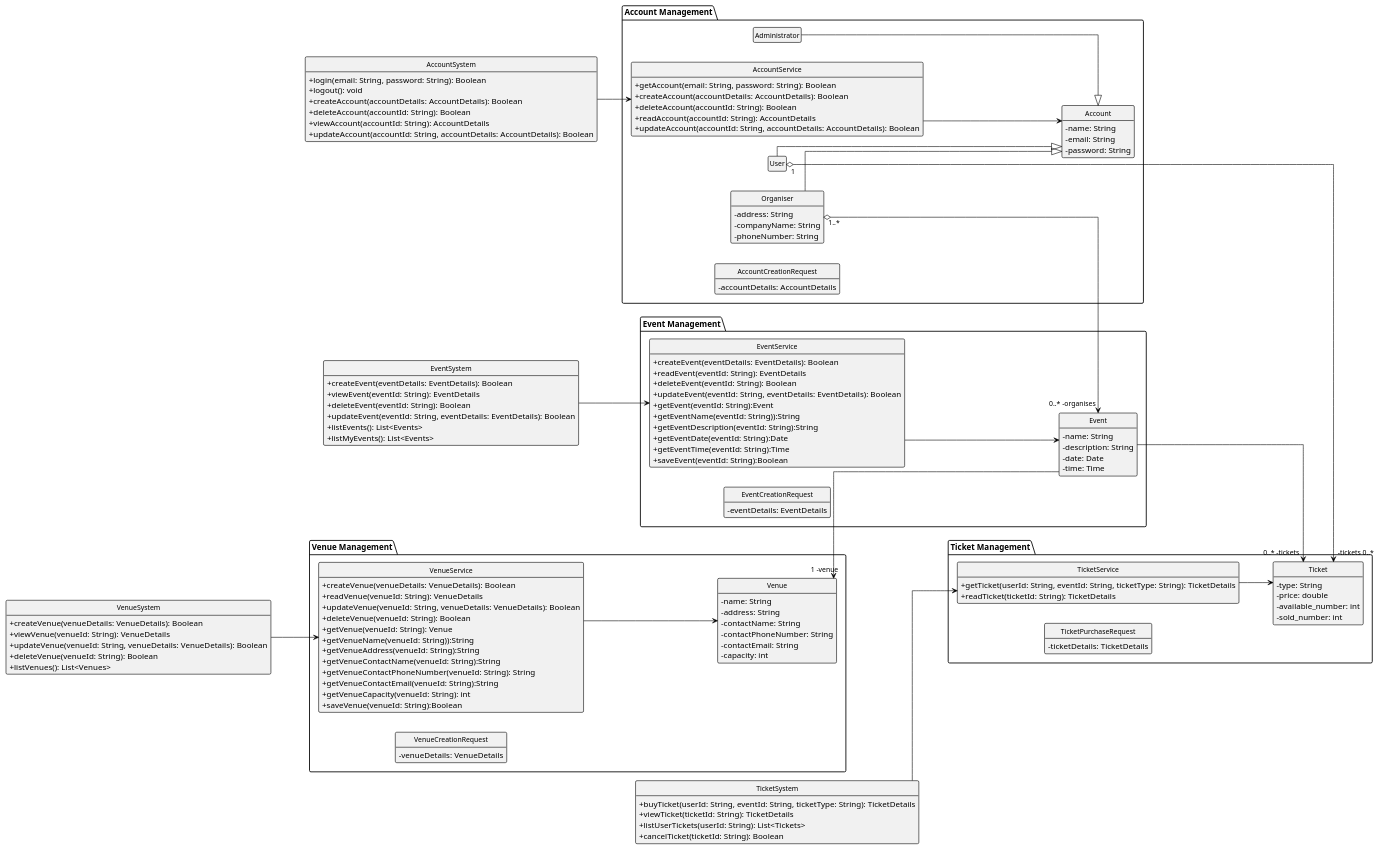
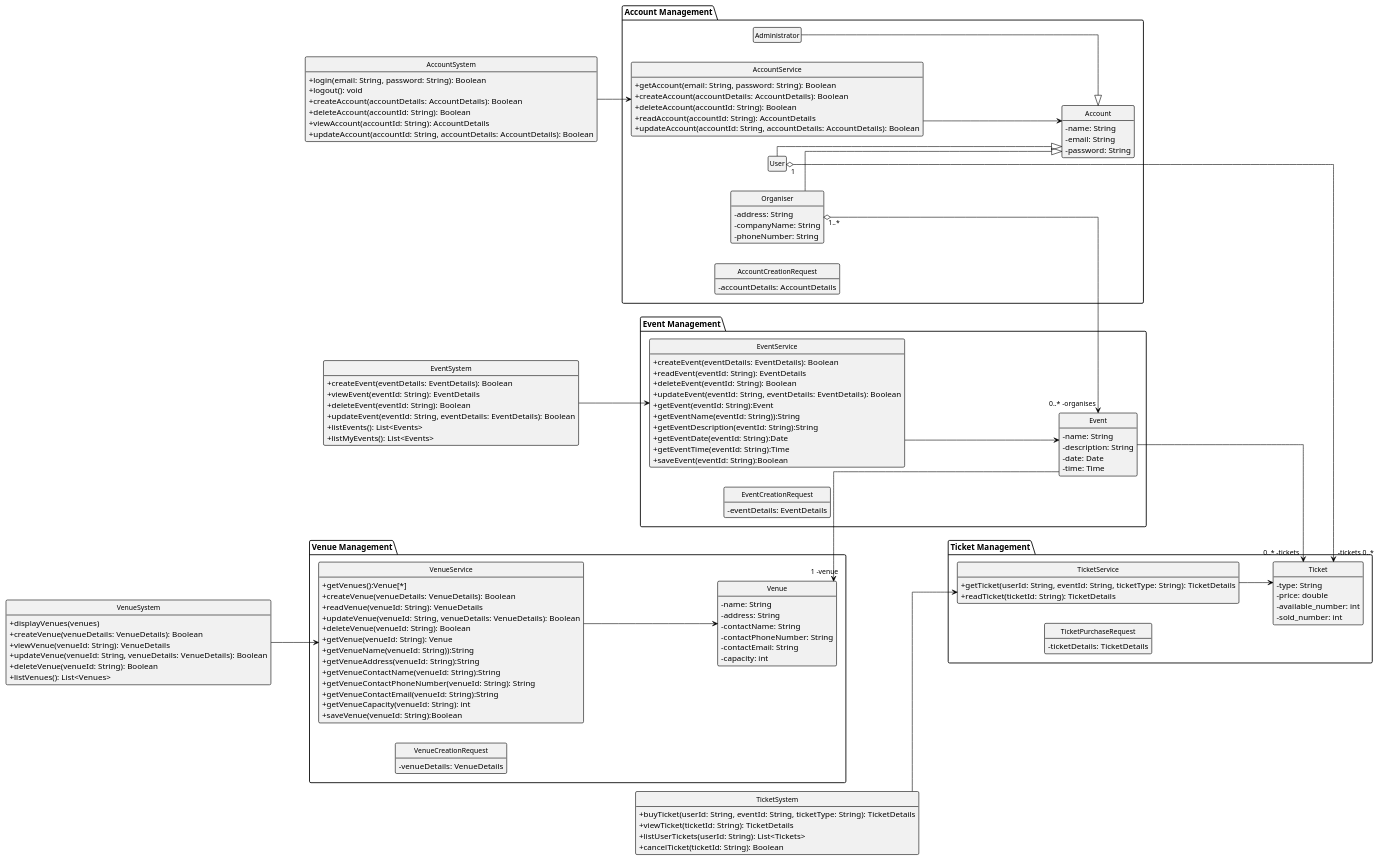
The diagram in 02-analysis/class-diagram/classDiagram.plantuml (MolimoWang/EventManagementSystem), drawn with PlantUML before and after one commit.

```diff
--- a/02-analysis/class-diagram/classDiagram.plantuml
+++ b/02-analysis/class-diagram/classDiagram.plantuml
@@ -1,190 +1,192 @@
 @startuml
 left to right direction
 skinparam monochrome true
 skinparam backgroundColor white
 skinparam shadowing false
 skinparam linetype ortho
 skinparam lineThickness 3   ' Thickness of line
 skinparam noteMargin 30     ' Margins for comments
 skinparam ranksep 100        ' Control vertical spacing
 skinparam nodesep 200        ' Control horizontal spacing
 skinparam classFontSize 12
 skinparam ArrowFontSize 12
 skinparam classBorderThickness 1
 skinparam classAttributeIconSize 0
 
 hide class circle
 hide empty members
 hide stereotypes
 
 skinparam class {
     BorderColor black
     ArrowColor black
     FontColor black
     FontName Arial
     FontSize 12
 }
 
 ' Account Management Group
 package "Account Management" {
     class Account {
         - name: String
         - email: String
         - password: String
     }
     class Administrator {
     }
     class Organiser {
         - address: String
         - companyName: String
         - phoneNumber: String
     }
     class User {
     }
 
     class AccountService {
         +getAccount(email: String, password: String): Boolean
         +createAccount(accountDetails: AccountDetails): Boolean
         +deleteAccount(accountId: String): Boolean
         +readAccount(accountId: String): AccountDetails
         +updateAccount(accountId: String, accountDetails: AccountDetails): Boolean
 
     }
 
     class AccountCreationRequest {
         - accountDetails: AccountDetails
     }
 
     Administrator --|> Account
     Organiser --|> Account
     User --|> Account
     AccountService --> Account
 }
 
 ' Venue Management Group
 package "Venue Management" {
     class Venue {
         - name: String
         - address: String
         - contactName: String
         - contactPhoneNumber: String
         - contactEmail: String
         - capacity: int
     }
 
     class VenueService {
+        +getVenues():Venue[*]
         +createVenue(venueDetails: VenueDetails): Boolean
         +readVenue(venueId: String): VenueDetails
         +updateVenue(venueId: String, venueDetails: VenueDetails): Boolean
         +deleteVenue(venueId: String): Boolean
         +getVenue(venueId: String): Venue
         +getVenueName(venueId: String)):String
         +getVenueAddress(venueId: String):String
         +getVenueContactName(venueId: String):String
         +getVenueContactPhoneNumber(venueId: String): String
         +getVenueContactEmail(venueId: String):String
         +getVenueCapacity(venueId: String): int
         +saveVenue(venueId: String):Boolean
     }
 
     class VenueCreationRequest {
         - venueDetails: VenueDetails
     }
 
     VenueService --> Venue
 }
 
 ' Event Management Group
 package "Event Management" {
     class Event {
         - name: String
         - description: String
         - date: Date
         - time: Time
     }
 
     class EventService {
         +createEvent(eventDetails: EventDetails): Boolean
         +readEvent(eventId: String): EventDetails
         +deleteEvent(eventId: String): Boolean
         +updateEvent(eventId: String, eventDetails: EventDetails): Boolean
         +getEvent(eventId: String):Event
         +getEventName(eventId: String)):String
         +getEventDescription(eventId: String):String
         +getEventDate(eventId: String):Date
         +getEventTime(eventId: String):Time
         +saveEvent(eventId: String):Boolean
     }
 
     class EventCreationRequest {
         - eventDetails: EventDetails
     }
 
     Venue "1 -venue" <-- Event
     EventService --> Event
 }
 
 ' Ticket Management Group
 package "Ticket Management" {
     class Ticket {
         - type: String
         - price: double
         - available_number: int
         - sold_number: int
     }
 
     class TicketService {
         +getTicket(userId: String, eventId: String, ticketType: String): TicketDetails
         +readTicket(ticketId: String): TicketDetails
     }
 
     class TicketPurchaseRequest {
         - ticketDetails: TicketDetails
     }
 
     Event --> "0..* -tickets" Ticket
     TicketService --> Ticket
 }
 
 ' System classes for each module
 class AccountSystem {
     +login(email: String, password: String): Boolean
     +logout(): void
     +createAccount(accountDetails: AccountDetails): Boolean
     +deleteAccount(accountId: String): Boolean
     +viewAccount(accountId: String): AccountDetails
     +updateAccount(accountId: String, accountDetails: AccountDetails): Boolean
 }
 AccountSystem --> AccountService
 
 class VenueSystem {
+    +displayVenues(venues)
     +createVenue(venueDetails: VenueDetails): Boolean
     +viewVenue(venueId: String): VenueDetails
     +updateVenue(venueId: String, venueDetails: VenueDetails): Boolean
     +deleteVenue(venueId: String): Boolean
     +listVenues(): List<Venues>
 }
 VenueSystem --> VenueService
 
 class EventSystem {
     +createEvent(eventDetails: EventDetails): Boolean
     +viewEvent(eventId: String): EventDetails
     +deleteEvent(eventId: String): Boolean
     +updateEvent(eventId: String, eventDetails: EventDetails): Boolean
     +listEvents(): List<Events>
     +listMyEvents(): List<Events>
 }
 EventSystem --> EventService
 
 class TicketSystem {
     +buyTicket(userId: String, eventId: String, ticketType: String): TicketDetails
     +viewTicket(ticketId: String): TicketDetails
     +listUserTickets(userId: String): List<Tickets>
     +cancelTicket(ticketId: String): Boolean
 }
 TicketSystem --> TicketService
 
 Organiser "1..*" o--> "0..* -organises" Event
 User "1" o--> "-tickets 0..*" Ticket
 
 @enduml
```
